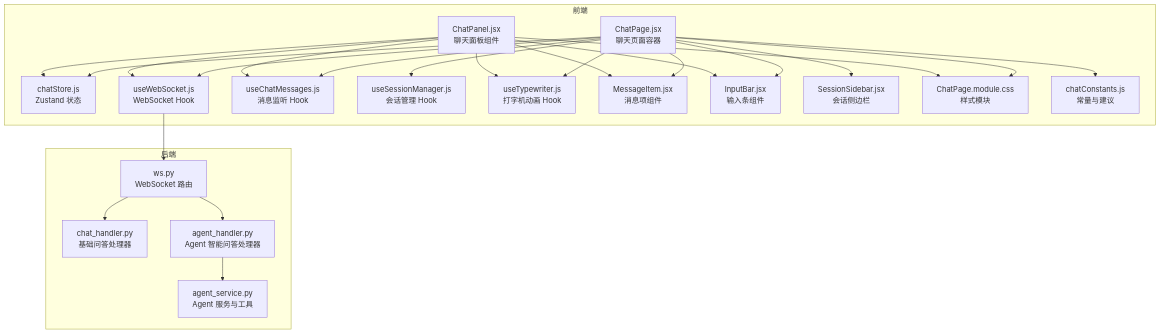
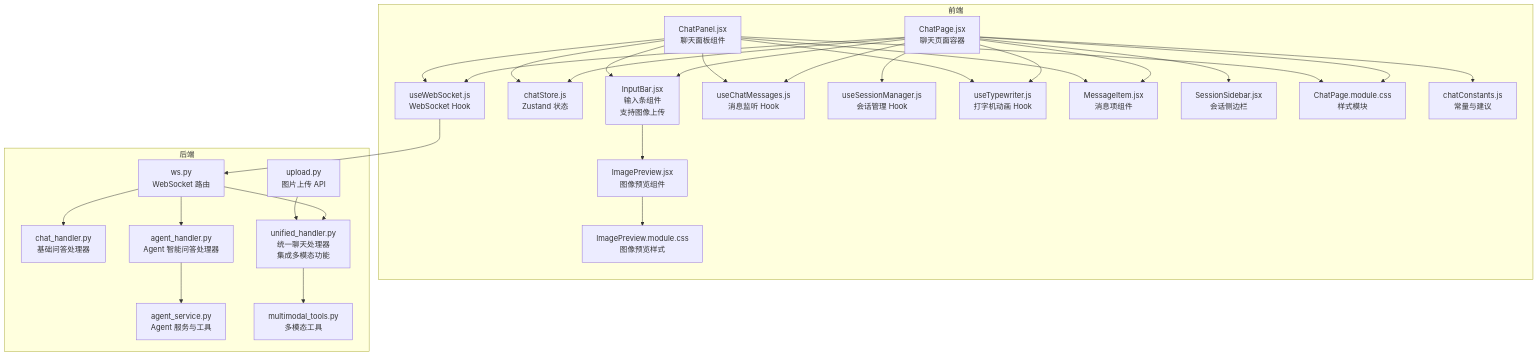
Before and after one commit to laohanhahaha/PaperChat: the first of 6 diagrams in .qoder/repowiki/zh/content/前端系统/页面组件/聊天页面.md, drawn with Mermaid. The commit also changed other lines of this file and 185 other files, not shown here.

````diff
--- a/.qoder/repowiki/zh/content/前端系统/页面组件/聊天页面.md
+++ b/.qoder/repowiki/zh/content/前端系统/页面组件/聊天页面.md
@@ -41,44 +57,54 @@
 ```mermaid
 graph TB
 subgraph "前端"
 CP["ChatPage.jsx<br/>聊天页面容器"]
 CPanel["ChatPanel.jsx<br/>聊天面板组件"]
+IP["ImagePreview.jsx<br/>图像预览组件"]
+IB["InputBar.jsx<br/>输入条组件<br/>支持图像上传"]
 MS["chatStore.js<br/>Zustand 状态"]
 UWS["useWebSocket.js<br/>WebSocket Hook"]
 UCM["useChatMessages.js<br/>消息监听 Hook"]
 USM["useSessionManager.js<br/>会话管理 Hook"]
 UTW["useTypewriter.js<br/>打字机动画 Hook"]
 MI["MessageItem.jsx<br/>消息项组件"]
-IB["InputBar.jsx<br/>输入条组件"]
 SS["SessionSidebar.jsx<br/>会话侧边栏"]
 CSS["ChatPage.module.css<br/>样式模块"]
 CC["chatConstants.js<br/>常量与建议"]
+IPCSS["ImagePreview.module.css<br/>图像预览样式"]
 end
 subgraph "后端"
 WSR["ws.py<br/>WebSocket 路由"]
 CH["chat_handler.py<br/>基础问答处理器"]
 AH["agent_handler.py<br/>Agent 智能问答处理器"]
 AS["agent_service.py<br/>Agent 服务与工具"]
+UP["upload.py<br/>图片上传 API"]
+MT["multimodal_tools.py<br/>多模态工具"]
+UH["unified_handler.py<br/>统一聊天处理器<br/>集成多模态功能"]
 end
 CP --> MS
 CP --> UWS
 CP --> UCM
 CP --> USM
 CP --> UTW
 CP --> MI
 CP --> IB
 CP --> SS
 CP --> CSS
 CP --> CC
 CPanel --> MS
 CPanel --> UWS
 CPanel --> UCM
 CPanel --> UTW
 CPanel --> MI
 CPanel --> IB
 CPanel --> CSS
+IB --> IP
+IP --> IPCSS
 UWS --> WSR
 WSR --> CH
 WSR --> AH
+WSR --> UH
+UH --> MT
+UP --> UH
 AH --> AS
 ```
````
